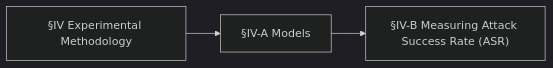
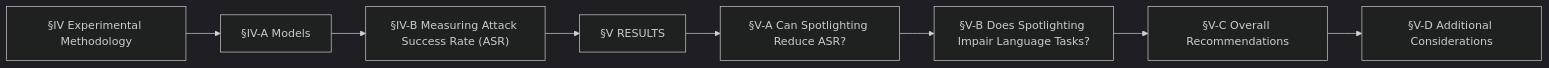
One commit to DarknessLED/dsh-loom changed the seventh of 16 diagrams in docs/research/work-r6-containment-2026-11-25.md. Above: the diagram before and after it, drawn with Mermaid (dark theme). The commit also changed other lines of this file and 39 other files, not shown here.

````diff
--- a/docs/research/work-r6-containment-2026-11-25.md
+++ b/docs/research/work-r6-containment-2026-11-25.md
@@ -712,8 +728,18 @@
 ```mermaid
 flowchart LR
   N0["§IV Experimental Methodology"]
   N1["§IV-A Models"]
   N2["§IV-B Measuring Attack Success Rate (ASR)"]
+  N3["§V RESULTS"]
+  N4["§V-A Can Spotlighting Reduce ASR?"]
+  N5["§V-B Does Spotlighting Impair Language Tasks?"]
+  N6["§V-C Overall Recommendations"]
+  N7["§V-D Additional Considerations"]
   N0 --> N1
   N1 --> N2
+  N2 --> N3
+  N3 --> N4
+  N4 --> N5
+  N5 --> N6
+  N6 --> N7
 ```
````
